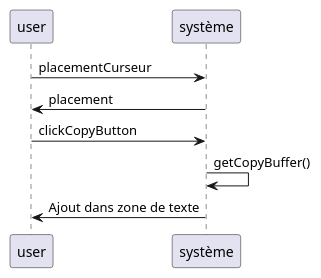
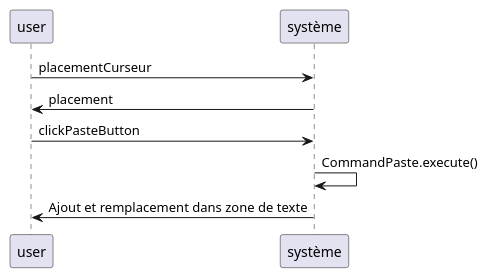
Before and after one commit to kiurow590/ESIR2_OMD_Project_Editor: the diagram in UMLDiag/v1/SequenceColler.puml, drawn with PlantUML. The commit also changed 6 other files, not shown here.

Commit message:
Mise a jour du readme avec ajout de la V1 + image et correction des diagramme + ajout de la V2 avec diag mais en attente de rediscussion

```diff
--- a/UMLDiag/v1/SequenceColler.puml
+++ b/UMLDiag/v1/SequenceColler.puml
@@ -1,10 +1,8 @@
 @startuml
-'https://plantuml.com/sequence-diagram
+'https://plantuml.com/sequence-diagram'
 user -> système: placementCurseur
 système -> user: placement
-user -> système: clickCopyButton
-système -> système: getCopyBuffer()
-système -> user: Ajout dans zone de texte
-
-
+user -> système: clickPasteButton
+système -> système: CommandPaste.execute()
+système -> user: Ajout et remplacement dans zone de texte
 @enduml
```
